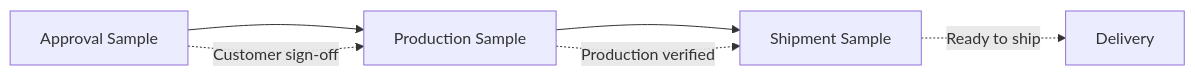
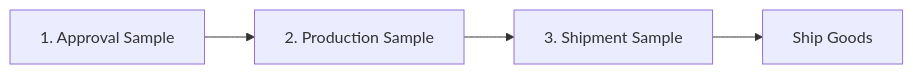
One commit to StrafeZ/macleather-docs changed the diagram in samples/sample-types.mdx. Above: the diagram before and after it, drawn with Mermaid. The commit also changed other lines of this file, not shown here.

First line of the commit message:
Simplify Sample Types Guide for easier reading

````diff
--- a/samples/sample-types.mdx
+++ b/samples/sample-types.mdx
@@ -30,9 +11,6 @@
 ```mermaid
 flowchart LR
-    A[Approval Sample] --> B[Production Sample]
-    B --> C[Shipment Sample]
-
-    A -.-> |"Customer sign-off"| B
-    B -.-> |"Production verified"| C
-    C -.-> |"Ready to ship"| D[Delivery]
+    A[1. Approval Sample] --> B[2. Production Sample]
+    B --> C[3. Shipment Sample]
+    C --> D[Ship Goods]
 ```
````
